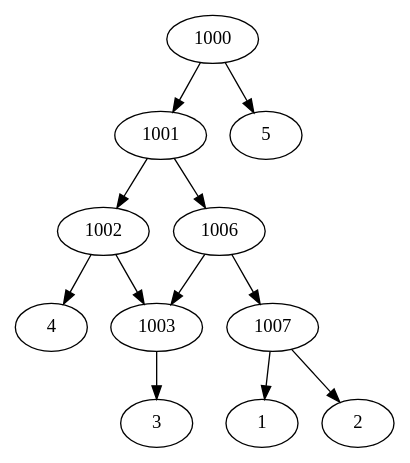
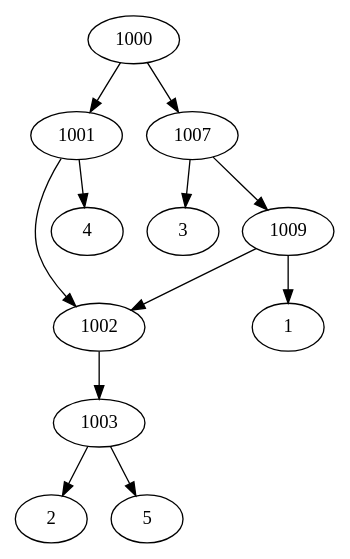
Before and after one commit to iharnoor/PhylogeneticsWebsite: the diagram in ParsingTxt/upload.dot, drawn with Graphviz. The commit also changed 21 other files, not shown here.

```diff
--- a/ParsingTxt/upload.dot
+++ b/ParsingTxt/upload.dot
@@ -1,14 +1,16 @@
 strict digraph G1 {
 1000 -> 1001
-1000 -> 5
+1000 -> 1007
 1001 -> 1002
-1001 -> 1006
+1001 -> 4
 1002 -> 1003
-1002 -> 4
-1003 -> 3
-1006 -> 1007
-1006 -> 1003
-1007 -> 1
-1007 -> 2
-1003 -> 3
+1003 -> 2
+1003 -> 5
+1007 -> 3
+1007 -> 1009
+1009 -> 1
+1009 -> 1002
+1002 -> 1003
+1003 -> 2
+1003 -> 5
 }
```
